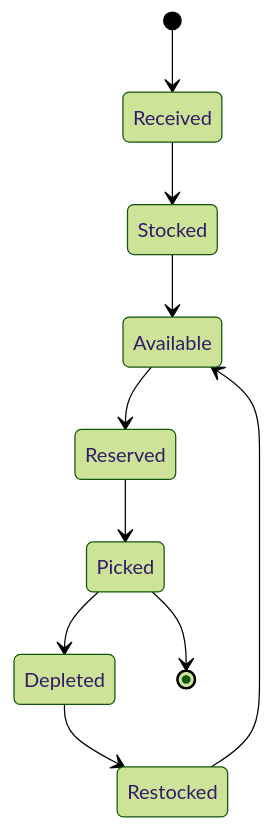
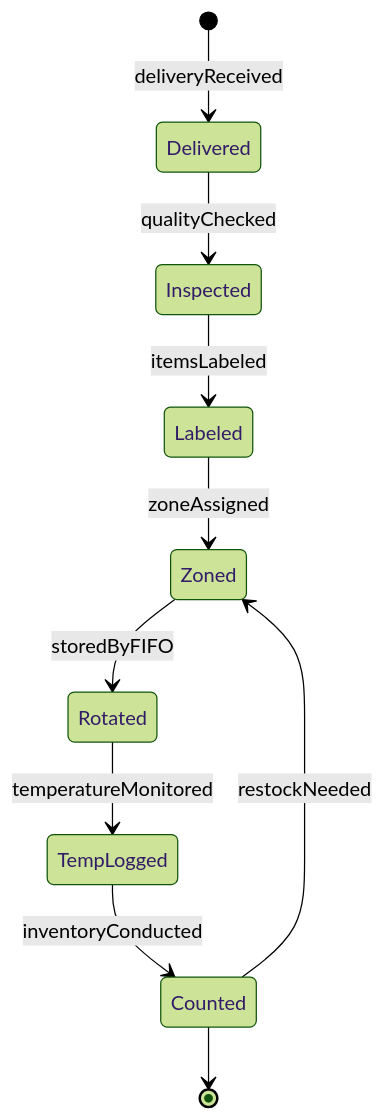
One commit to dot-org-ai/tasks.org.ai changed the second of 4 diagrams in HandlingAndMovingObjects/StockSuppliesOrProducts/StoreSuppliesGoodsKitchensStorage.mdx. Above: the diagram before and after it, drawn with Mermaid (forest theme). The commit also changed other lines of this file and 515 other files, not shown here.

````diff
--- a/HandlingAndMovingObjects/StockSuppliesOrProducts/StoreSuppliesGoodsKitchensStorage.mdx
+++ b/HandlingAndMovingObjects/StockSuppliesOrProducts/StoreSuppliesGoodsKitchensStorage.mdx
@@ -99,12 +99,12 @@
 ```mermaid
 stateDiagram-v2
-    [*] --> Received
-    Received --> Stocked
-    Stocked --> Available
-    Available --> Reserved
-    Reserved --> Picked
-    Picked --> Depleted
-    Depleted --> Restocked
-    Restocked --> Available
-    Picked --> [*]
+    [*] --> Delivered : deliveryReceived
+    Delivered --> Inspected : qualityChecked
+    Inspected --> Labeled : itemsLabeled
+    Labeled --> Zoned : zoneAssigned
+    Zoned --> Rotated : storedByFIFO
+    Rotated --> TempLogged : temperatureMonitored
+    TempLogged --> Counted : inventoryConducted
+    Counted --> Zoned : restockNeeded
+    Counted --> [*]
 ```
````
